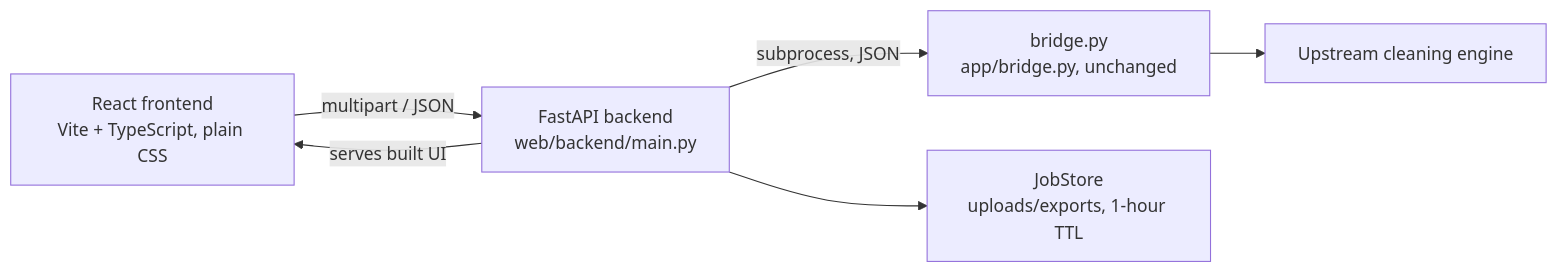
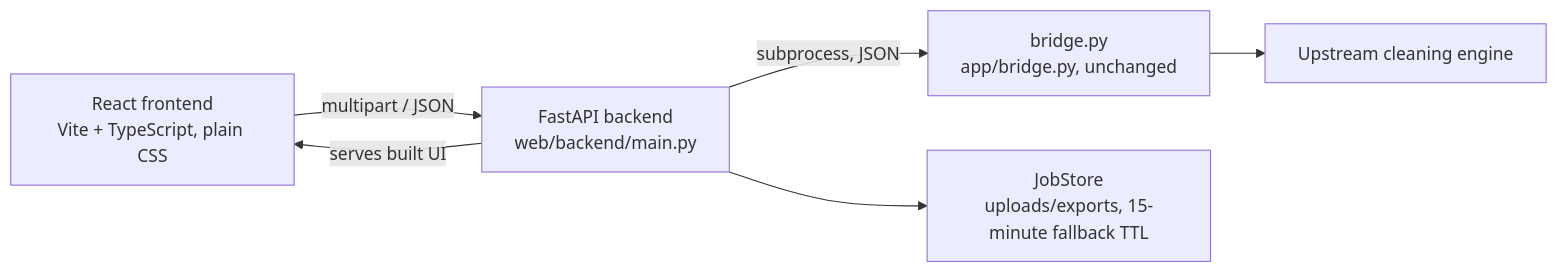
The second of 2 diagrams in ARCHITECTURE.md (touhidulemroz/sansmeta), drawn with Mermaid before and after one commit. The commit also changed other lines of this file and 42 other files, not shown here.

````diff
--- a/ARCHITECTURE.md
+++ b/ARCHITECTURE.md
@@ -90,8 +90,8 @@
 ```mermaid
 flowchart LR
     UI[React frontend<br/>Vite + TypeScript, plain CSS] -->|multipart / JSON| API[FastAPI backend<br/>web/backend/main.py]
     API -->|subprocess, JSON| PROC[bridge.py<br/>app/bridge.py, unchanged]
     PROC --> ENGINE[Upstream cleaning engine]
-    API --> STORE[JobStore<br/>uploads/exports, 1-hour TTL]
+    API --> STORE[JobStore<br/>uploads/exports, 15-minute fallback TTL]
     API -->|serves built UI| UI
 ```
````
